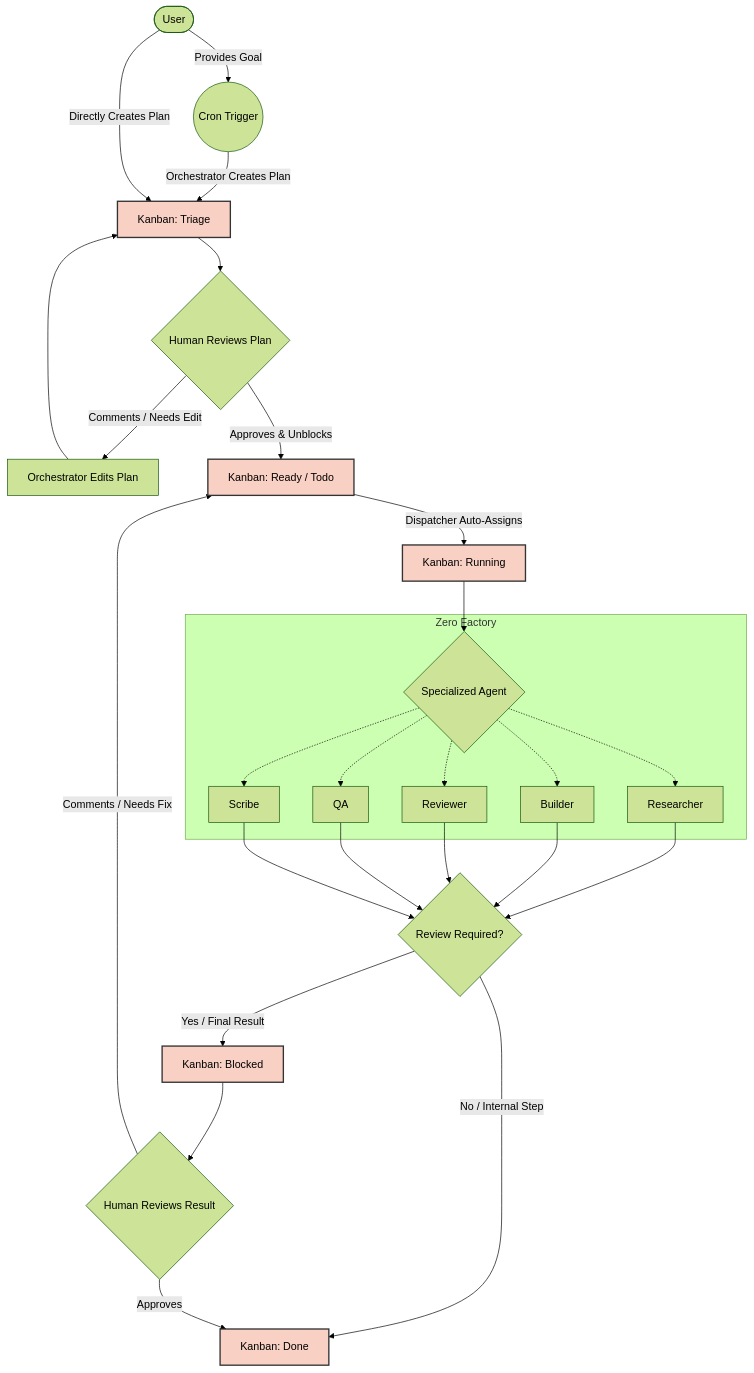
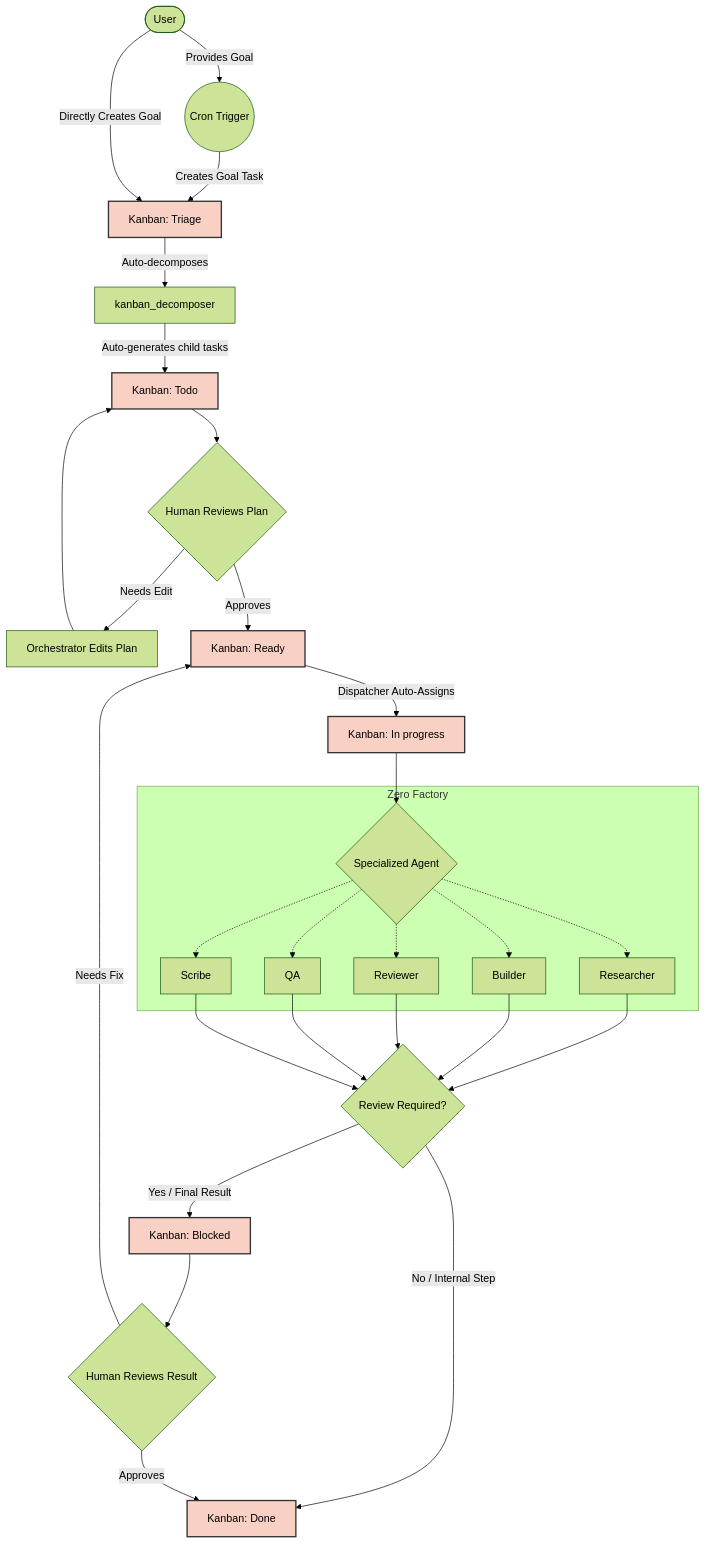
The diagram in README.md (hotcode-dev/zerofactory), drawn with Mermaid (forest theme) before and after one commit. The commit also changed 2 other files, not shown here.

Commit message:
docs: update zerofactory orchestration workflow to include kanban_decomposer and refined stage transitions

````diff
--- a/README.md
+++ b/README.md
@@ -21,41 +21,44 @@
 ```mermaid
 graph TD
     classDef kanban fill:#f9d0c4,stroke:#333,stroke-width:2px,color:#000;
     
     User([User]) -->|Provides Goal| Cron((Cron Trigger))
-    Cron -->|Orchestrator Creates Plan| Triage[Kanban: Triage]:::kanban
+    Cron -->|Creates Goal Task| Triage[Kanban: Triage]:::kanban
     
-    User -->|Directly Creates Plan| Triage
+    User -->|Directly Creates Goal| Triage
     
-    Triage --> HumanPlanReview{Human Reviews Plan}
-    HumanPlanReview -->|Comments / Needs Edit| OrchestratorEdit[Orchestrator Edits Plan]
-    OrchestratorEdit --> Triage
-    HumanPlanReview -->|Approves & Unblocks| Ready[Kanban: Ready / Todo]:::kanban
+    Triage -->|Auto-decomposes| Decomposer[kanban_decomposer]
+    Decomposer -->|Auto-generates child tasks| Todo[Kanban: Todo]:::kanban
     
-    Ready -->|Dispatcher Auto-Assigns| Running[Kanban: Running]:::kanban
+    Todo --> HumanPlanReview{Human Reviews Plan}
+    HumanPlanReview -->|Needs Edit| OrchestratorEdit[Orchestrator Edits Plan]
+    OrchestratorEdit --> Todo
+    HumanPlanReview -->|Approves| Ready[Kanban: Ready]:::kanban
     
-    Running --> AgentWork{Specialized Agent}
+    Ready -->|Dispatcher Auto-Assigns| InProgress[Kanban: In progress]:::kanban
+    
+    InProgress --> AgentWork{Specialized Agent}
     
     subgraph Zero Factory
         AgentWork -.-> Researcher
         AgentWork -.-> Builder
         AgentWork -.-> Reviewer
         AgentWork -.-> QA
         AgentWork -.-> Scribe
     end
     
     Researcher --> TaskComplete
     Builder --> TaskComplete
     Reviewer --> TaskComplete
     QA --> TaskComplete
     Scribe --> TaskComplete
     
     TaskComplete{Review Required?}
     TaskComplete -->|No / Internal Step| Done[Kanban: Done]:::kanban
     
     TaskComplete -->|Yes / Final Result| Blocked[Kanban: Blocked]:::kanban
     
     Blocked --> HumanResultReview{Human Reviews Result}
-    HumanResultReview -->|Comments / Needs Fix| Ready
+    HumanResultReview -->|Needs Fix| Ready
     HumanResultReview -->|Approves| Done
 ```
````
